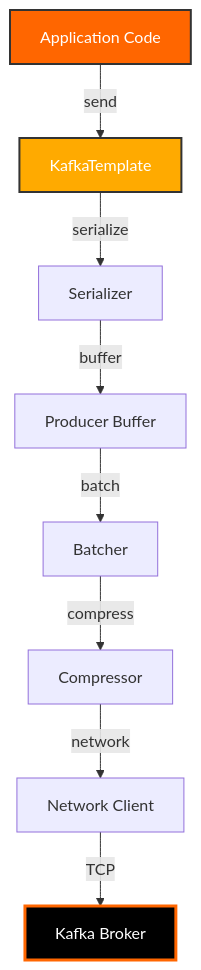
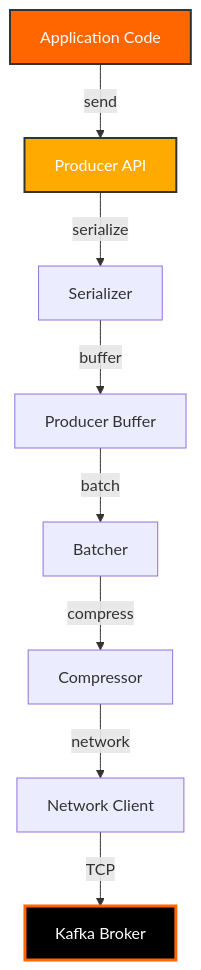
One commit to stratpoint-daniel-eullo/kafka-training changed the first of 3 diagrams in docs/training/day03-producers.md. Above: the diagram before and after it, drawn with Mermaid. The commit also changed other lines of this file and 86 other files, not shown here.

````diff
--- a/docs/training/day03-producers.md
+++ b/docs/training/day03-producers.md
@@ -17,14 +20,14 @@
 ```mermaid
 graph TB
-    App[Application Code] -->|send| PT[KafkaTemplate]
+    App[Application Code] -->|send| PT[Producer API]
     PT -->|serialize| S[Serializer]
     S -->|buffer| PB[Producer Buffer]
     PB -->|batch| B[Batcher]
     B -->|compress| C[Compressor]
     C -->|network| N[Network Client]
     N -->|TCP| K[Kafka Broker]
 
     style App fill:#ff6600,stroke:#333,stroke-width:2px,color:#fff
     style PT fill:#ffaa00,stroke:#333,stroke-width:2px,color:#fff
     style K fill:#000,stroke:#ff6600,stroke-width:3px,color:#fff
 ```
````
